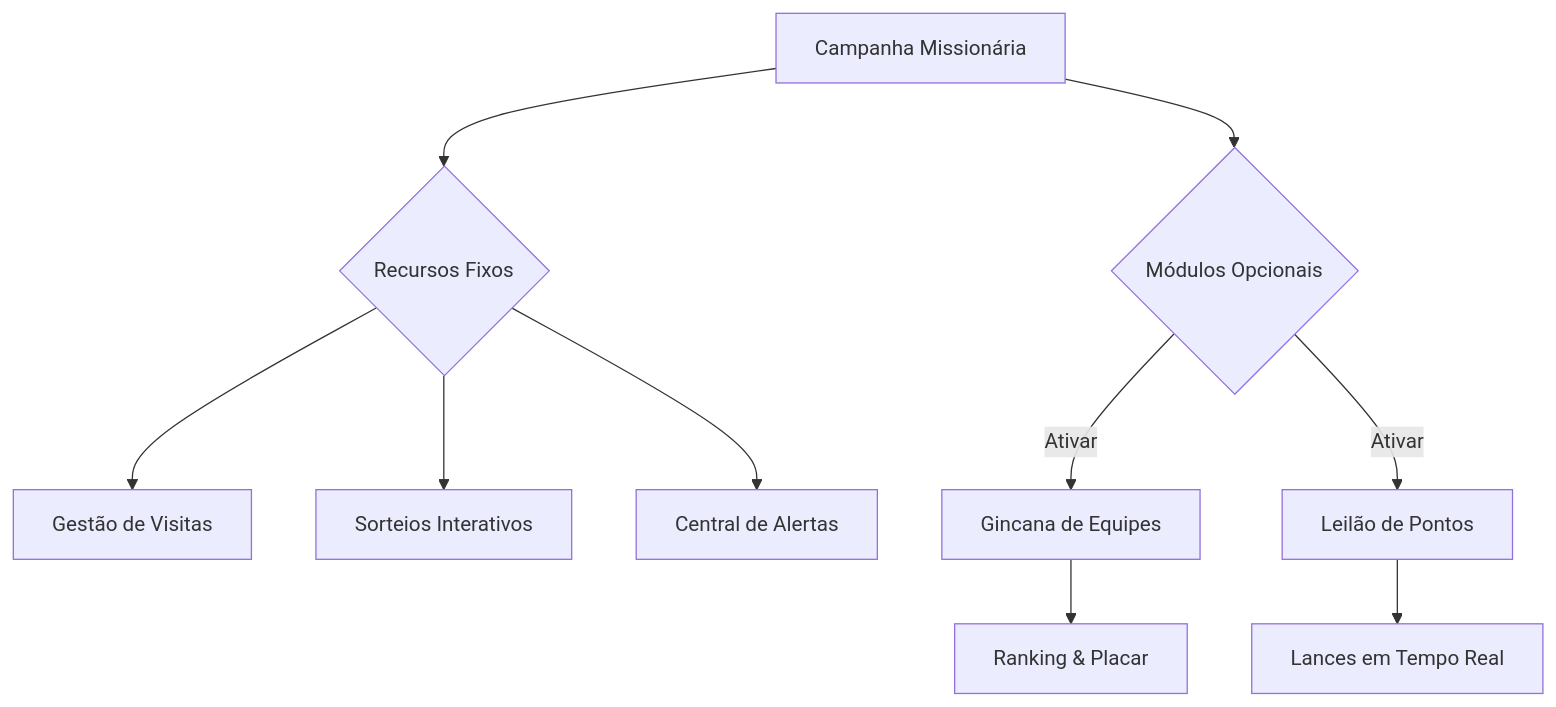
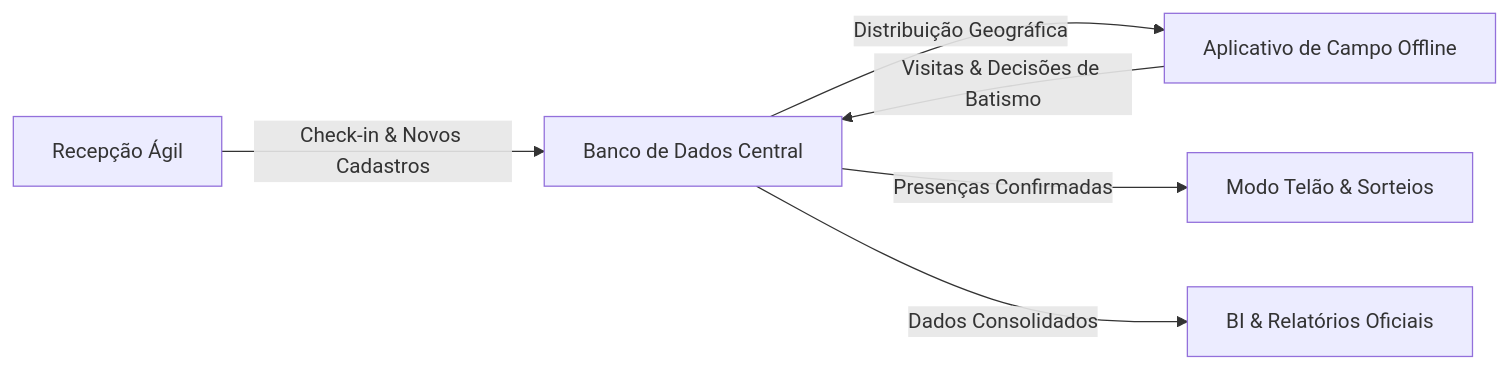
Before and after one commit to marllonferreira/missao-docs: the diagram in README.md, drawn with Mermaid. The commit also changed other lines of this file, not shown here.

````diff
--- a/README.md
+++ b/README.md
@@ -33,15 +51,8 @@
 ```mermaid
-graph TD
-    A[Campanha Missionária] --> B{Recursos Fixos}
-    A --> C{Módulos Opcionais}
-    
-    B --> D[Gestão de Visitas]
-    B --> E[Sorteios Interativos]
-    B --> F[Central de Alertas]
-    
-    C -->|Ativar| G[Gincana de Equipes]
-    C -->|Ativar| H[Leilão de Pontos]
-    
-    G --> G1[Ranking & Placar]
-    H --> H1[Lances em Tempo Real]
+graph LR
+    A[Recepção Ágil] -->|Check-in & Novos Cadastros| B[Banco de Dados Central]
+    B -->|Distribuição Geográfica| C[Aplicativo de Campo Offline]
+    C -->|Visitas & Decisões de Batismo| B
+    B -->|Presenças Confirmadas| D[Modo Telão & Sorteios]
+    B -->|Dados Consolidados| E[BI & Relatórios Oficiais]
 ```
````
